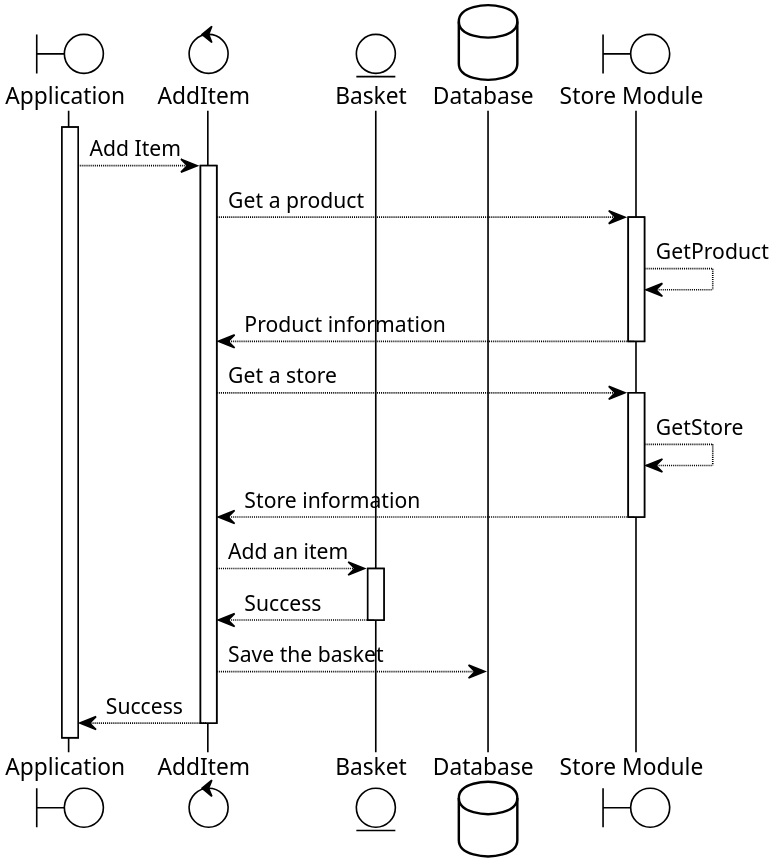
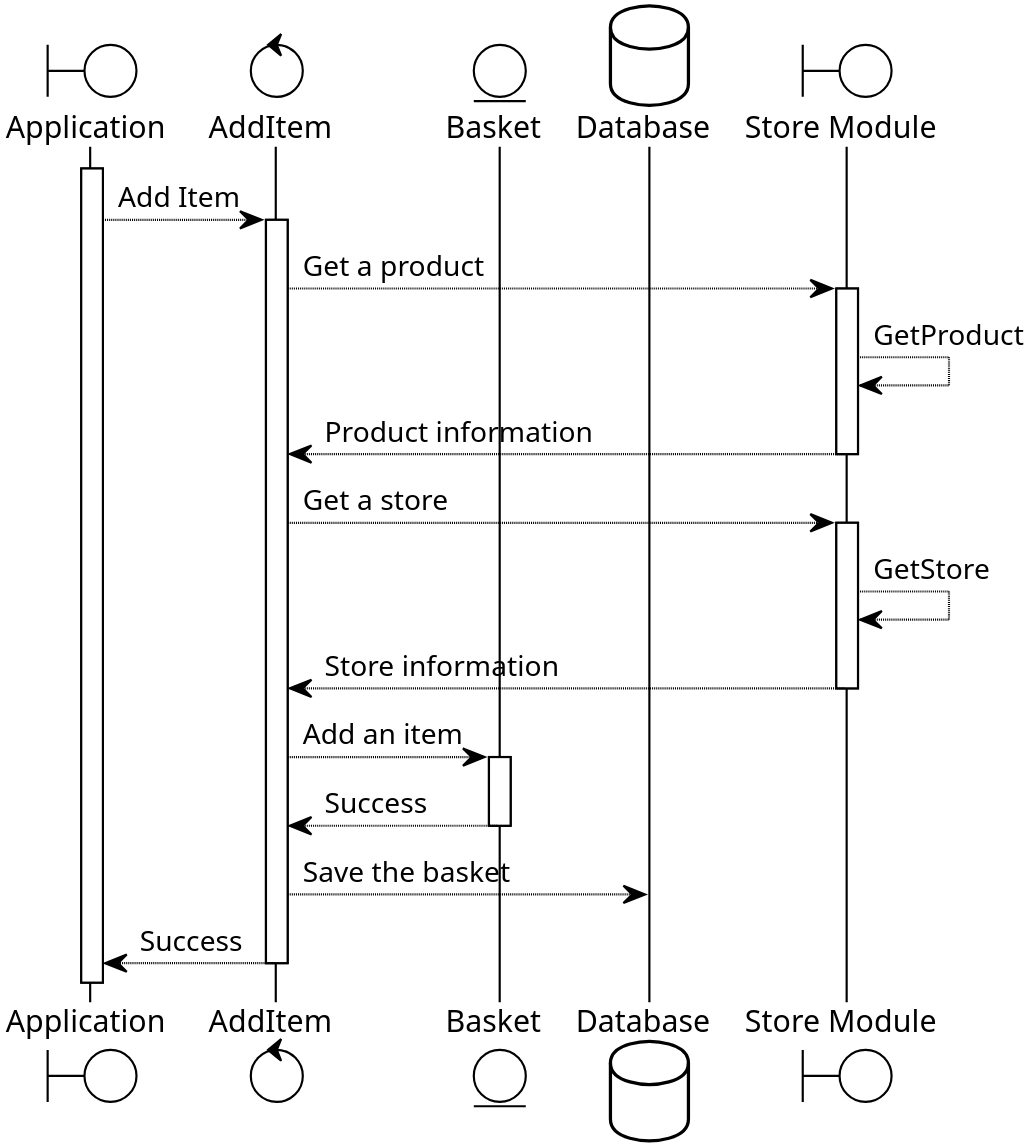
Before and after one commit to imaginestudio-ai/golang-ninja: the diagram in Event-Driven-Architecture-in-Golang/Chapter06/docs/Diagrams/adding_items.plantuml, drawn with PlantUML. The commit also changed 5786 other files, not shown here.

```diff
--- a/Event-Driven-Architecture-in-Golang/Chapter06/docs/Diagrams/adding_items.plantuml
+++ b/Event-Driven-Architecture-in-Golang/Chapter06/docs/Diagrams/adding_items.plantuml
@@ -1,35 +1,36 @@
 @startuml
 !theme plain
-skinparam dpi 300
+skinparam dpi 400
+skinparam defaultFontName Jetbrains Mono
 
 'actor User as u
 boundary Application as app
 control AddItem as ai
 entity Basket as b
 database Database as db
 boundary "Store Module" as s
 
 'u --> app : Add an item
 activate app
 app --> ai : Add Item
 activate ai
 ai --> s : Get a product
 activate s
 s --> s : GetProduct
 s --> ai : Product information
 deactivate s
 ai --> s : Get a store
 activate s
 s --> s : GetStore
 s --> ai : Store information
 deactivate s
 ai --> b : Add an item
 activate b
 b --> ai : Success
 deactivate b
 ai --> db : Save the basket
 ai --> app : Success
 deactivate ai
 'app --> u : Success
 'deactivate app
 @enduml
```
